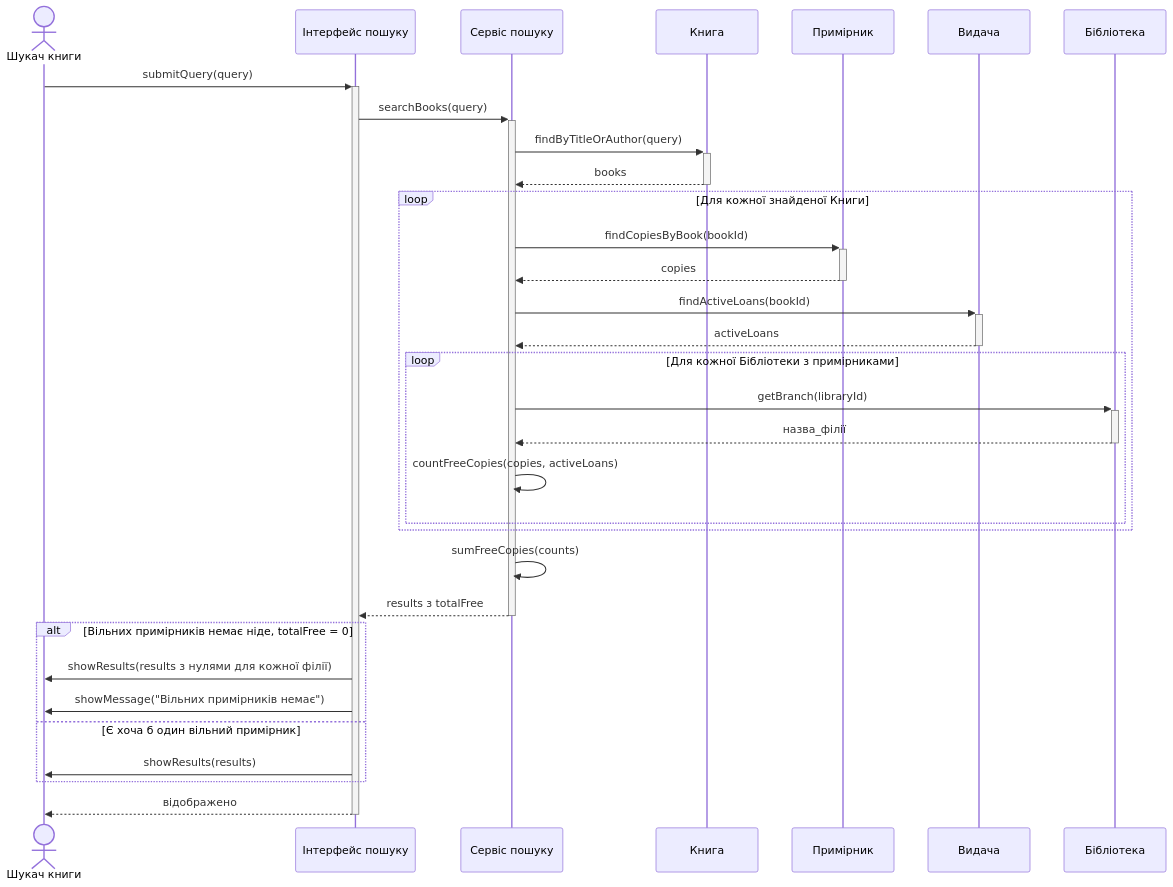
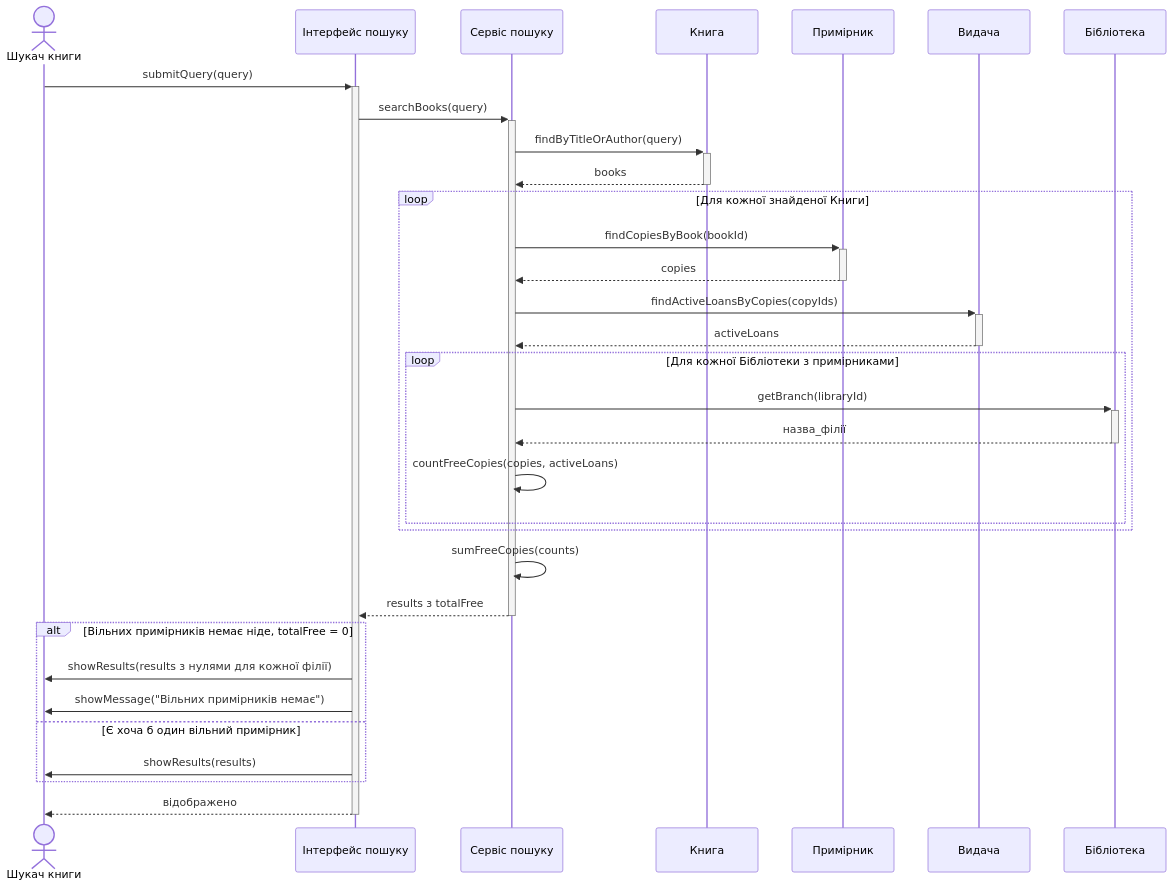
Before and after one commit to QkiS-00/se-requirements: the diagram in lab3/docs/seq-s2.md, drawn with Mermaid. The commit also changed 1 other file, not shown here.

Commit message:
Виправив S1 і S2: активні видачі шукаємо за примірниками, par лише для незалежних кроків

````diff
--- a/lab3/docs/seq-s2.md
+++ b/lab3/docs/seq-s2.md
@@ -3,35 +3,35 @@
 ```mermaid
 sequenceDiagram
     actor U as Шукач книги
     participant UI as Інтерфейс пошуку
     participant SS as Сервіс пошуку
     participant K as Книга
     participant P as Примірник
     participant V as Видача
     participant B as Бібліотека
 
     U->>+UI: submitQuery(query)
     UI->>+SS: searchBooks(query)
     SS->>+K: findByTitleOrAuthor(query)
     K-->>-SS: books
     loop Для кожної знайденої Книги
         SS->>+P: findCopiesByBook(bookId)
         P-->>-SS: copies
-        SS->>+V: findActiveLoans(bookId)
+        SS->>+V: findActiveLoansByCopies(copyIds)
         V-->>-SS: activeLoans
         loop Для кожної Бібліотеки з примірниками
             SS->>+B: getBranch(libraryId)
             B-->>-SS: назва_філії
             SS->>SS: countFreeCopies(copies, activeLoans)
         end
     end
     SS->>SS: sumFreeCopies(counts)
     SS-->>-UI: results з totalFree
     alt Вільних примірників немає ніде, totalFree = 0
         UI->>U: showResults(results з нулями для кожної філії)
         UI->>U: showMessage("Вільних примірників немає")
     else Є хоча б один вільний примірник
         UI->>U: showResults(results)
     end
     UI-->>-U: відображено
 ```
````
